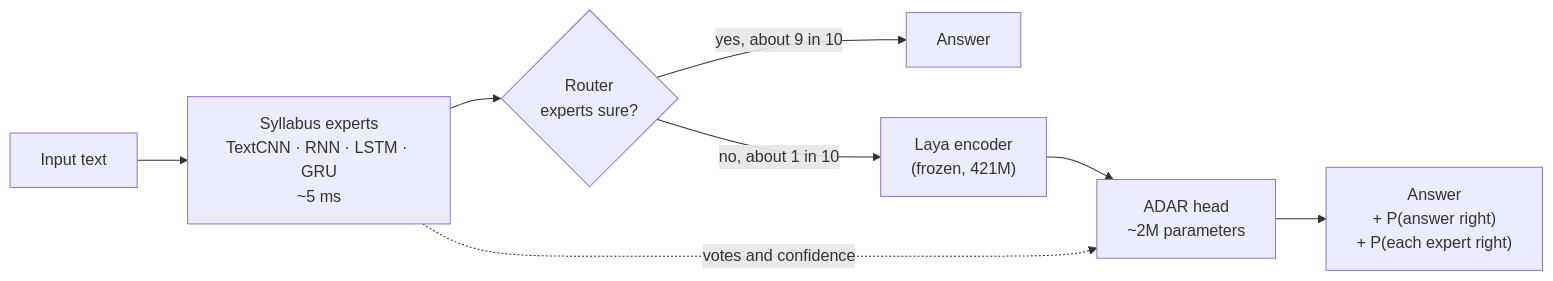
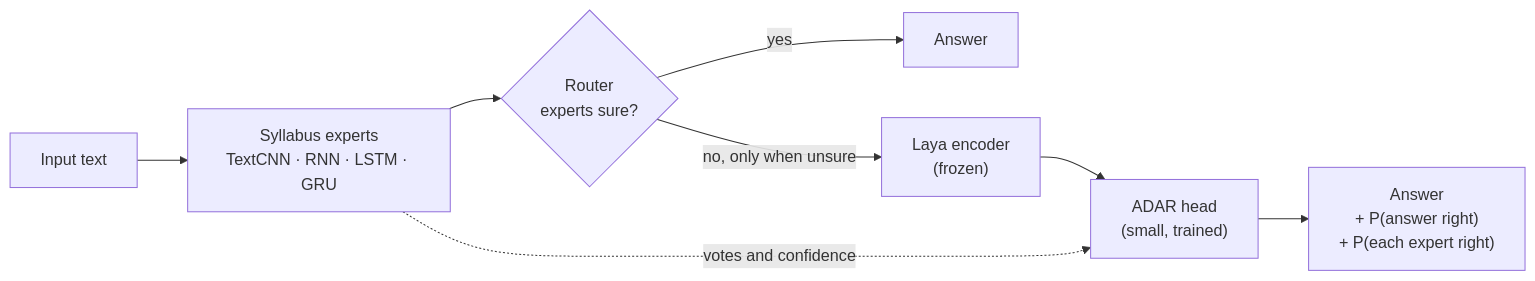
One commit to Harsh4-Dev/System-One-DLE changed the diagram in README.md. Above: the diagram before and after it, drawn with Mermaid. The commit also changed other lines of this file and 39 other files, not shown here.

````diff
--- a/README.md
+++ b/README.md
@@ -34,10 +36,10 @@
 ```mermaid
 flowchart LR
-    X[Input text] --> E["Syllabus experts<br/>TextCNN · RNN · LSTM · GRU<br/>~5 ms"]
+    X[Input text] --> E["Syllabus experts<br/>TextCNN · RNN · LSTM · GRU"]
     E --> R{"Router<br/>experts sure?"}
-    R -->|yes, about 9 in 10| A1[Answer]
-    R -->|no, about 1 in 10| L["Laya encoder<br/>(frozen, 421M)"]
-    L --> H["ADAR head<br/>~2M parameters"]
+    R -->|yes| A1[Answer]
+    R -->|no, only when unsure| L["Laya encoder<br/>(frozen)"]
+    L --> H["ADAR head<br/>(small, trained)"]
     E -.->|votes and confidence| H
     H --> A2["Answer<br/>+ P(answer right)<br/>+ P(each expert right)"]
 ```
````
